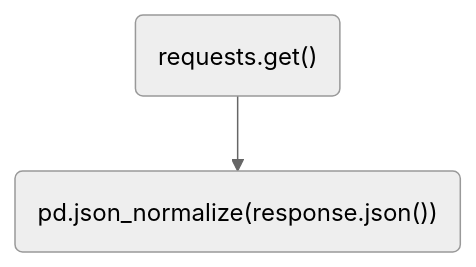
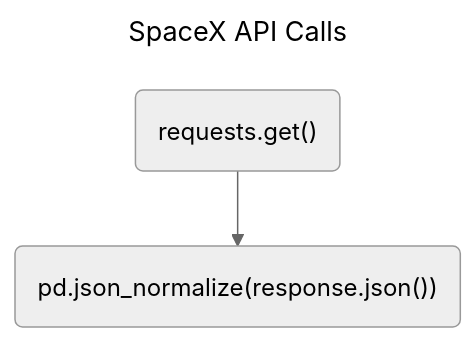
One commit to golleech/Coursera-Data-Science-Specialisation changed the first of 2 diagrams in README.md. Above: the diagram before and after it, drawn with Mermaid (neutral theme). The commit also changed other lines of this file and 2 other files, not shown here.

````diff
--- a/README.md
+++ b/README.md
@@ -5,10 +5,10 @@
 ```mermaid
 ---
-SpaceX API Calls
+title: SpaceX API Calls
 ---
 flowchart TD
     id1("requests.get()")
     id2("pd.json_normalize(response.json())")
     id1 --> id2
 
 ```
````
